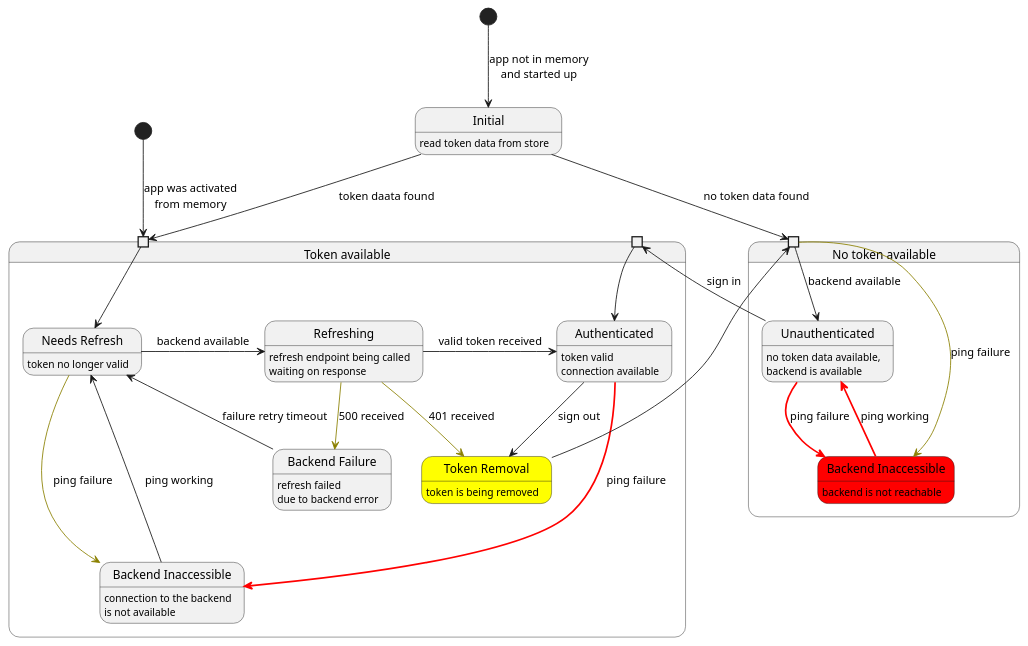
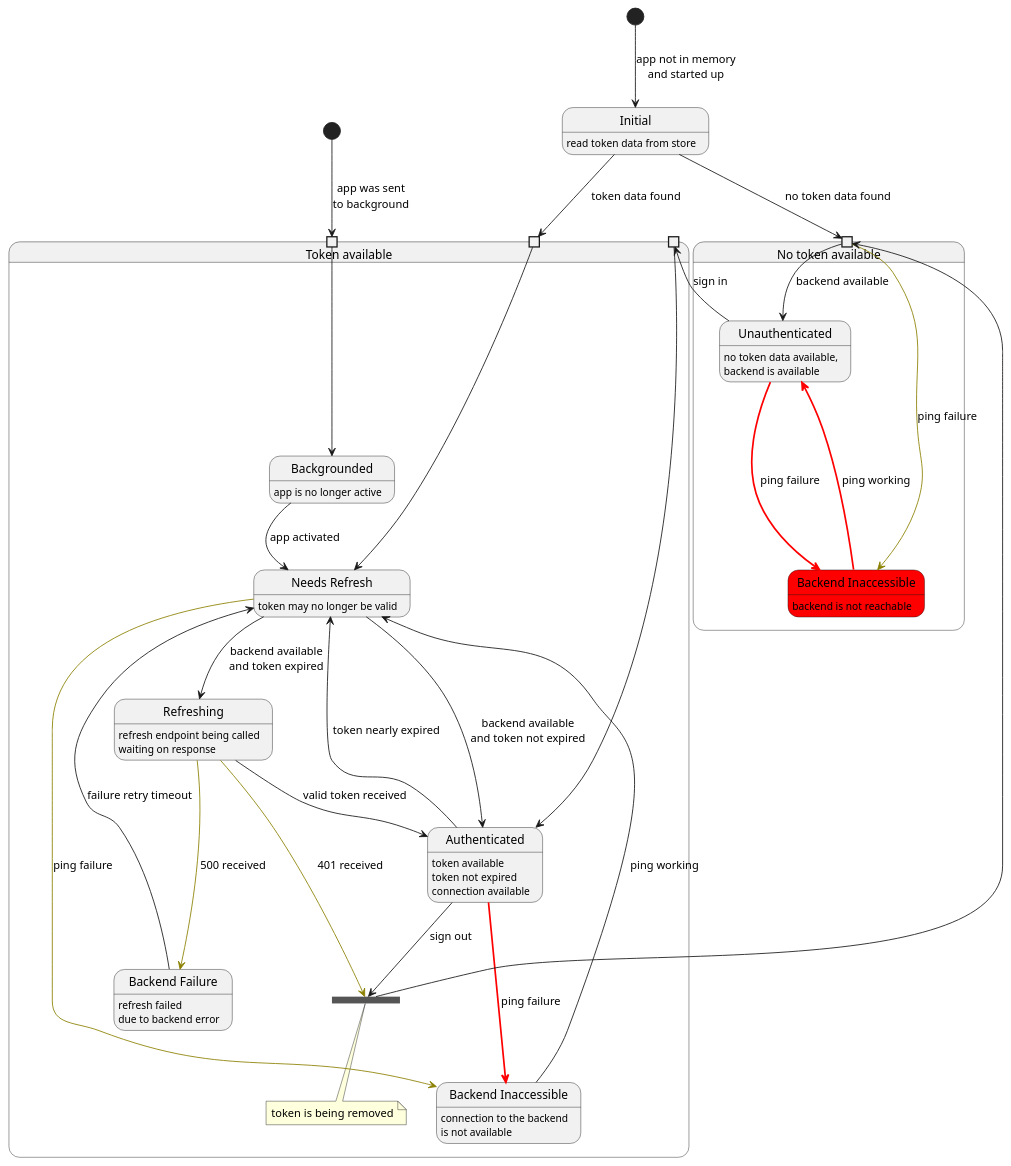
Before and after one commit to trajano/spring-cloud-demo: the first of 4 diagrams in packages/auth-context/AuthState.puml, drawn with PlantUML. The commit also changed other lines of this file and 47 other files, not shown here.

```diff
--- a/packages/auth-context/AuthState.puml
+++ b/packages/auth-context/AuthState.puml
@@ -1,46 +1,65 @@
 @startuml AuthState
 state Initial : read token data from store
 [*] --> Initial : app not in memory\nand started up
 
 state "Token available" as Authenticated {
   state " " as needsRefreshPin <<inputPin>>
   state " " as authenticatedPin <<inputPin>>
+  state " " as backgroundedPin <<inputPin>>
+  ' needsRefreshPin --> Restoring
   needsRefreshPin --> NeedsRefresh
   authenticatedPin --> AuthenticatedOnline
-  state "Needs Refresh" as NeedsRefresh: token no longer valid
+  backgroundedPin --> Backgrounded
+  state "Needs Refresh" as NeedsRefresh: token may no longer be valid
   state Refreshing: refresh endpoint being called\nwaiting on response
-  state "Authenticated" as AuthenticatedOnline: token valid\nconnection available
+  state "Authenticated" as AuthenticatedOnline: token available\ntoken not expired\nconnection available
   state "Backend Inaccessible" as BackendInaccessible: connection to the backend\nis not available
   state "Backend Failure" as BackendFailure: refresh failed\ndue to backend error
-  state "Token Removal" as TokenRemoval #yellow: token is being removed
-  NeedsRefresh -> Refreshing: backend available
-  Refreshing -right-> AuthenticatedOnline: valid token received
-  Refreshing -[#8B8000]-> TokenRemoval: 401 received
-  AuthenticatedOnline -[#red,bold]-> BackendInaccessible : ping failure
-  BackendInaccessible ---> NeedsRefresh : ping working
-  NeedsRefresh -[#8B8000]-> BackendInaccessible : ping failure
-  Refreshing -[#8B8000]-> BackendFailure : 500 received
+  state "Token Removal" as TokenRemoval <<join>>
+  state "Backgrounded" as Backgrounded: app is no longer active
+
+  note bottom of TokenRemoval
+    token is being removed
+  end note
+  ' state "Restoring" as Restoring: app is active\nin foreground
+
+  NeedsRefresh --> Refreshing: backend available\nand token expired
+  NeedsRefresh --> AuthenticatedOnline: backend available\nand token not expired
+  Refreshing --> AuthenticatedOnline: valid token received
+  Refreshing --[#8B8000]-> TokenRemoval: 401 received
+  AuthenticatedOnline --[#red,bold]-> BackendInaccessible : ping failure
+  AuthenticatedOnline --> NeedsRefresh : token nearly expired
+  BackendInaccessible --> NeedsRefresh : ping working
+  NeedsRefresh --[#8B8000]-> BackendInaccessible : ping failure
+  Refreshing --[#8B8000]-> BackendFailure : 500 received
   BackendFailure --> NeedsRefresh : failure retry timeout
   AuthenticatedOnline --> TokenRemoval : sign out
+  Backgrounded --> NeedsRefresh: app activated
+  ' Backgrounded -> Restoring: app activated
+  ' Restoring -> NeedsRefresh: app restored
+
 }
 
 state "No token available" as NoToken {
   state " " as unauthenticatedPin <<inputPin>>
   state Unauthenticated : no token data available,\nbackend is available
   state "Backend Inaccessible" as UnauthenticatedOffline #red : backend is not reachable
   unauthenticatedPin --> Unauthenticated : backend available
-  unauthenticatedPin -[#8B8000]-> UnauthenticatedOffline : ping failure
-  Unauthenticated -[#red,bold]-> UnauthenticatedOffline : ping failure
-  UnauthenticatedOffline -[#red,bold]-> Unauthenticated : ping working
+  unauthenticatedPin --[#8B8000]-> UnauthenticatedOffline : ping failure
+  Unauthenticated --[#red,bold]-> UnauthenticatedOffline : ping failure
+  UnauthenticatedOffline --[#red,bold]-> Unauthenticated : ping working
   Unauthenticated --> authenticatedPin : sign in
 
 }
 
 
 Initial --> unauthenticatedPin : no token data found
-Initial --> needsRefreshPin : token daata found
+Initial --> needsRefreshPin : token data found
 TokenRemoval --> unauthenticatedPin
 
-state AppActivate <<start>>
-AppActivate --> needsRefreshPin : app was activated\nfrom memory
+' state AppActivate <<start>>
+' AppActivate --> needsRefreshPin : app was activated\nfrom memory
+state AppBackgrounded <<start>>
+AppBackgrounded --> backgroundedPin : app was sent\nto background
+
 @enduml
```
